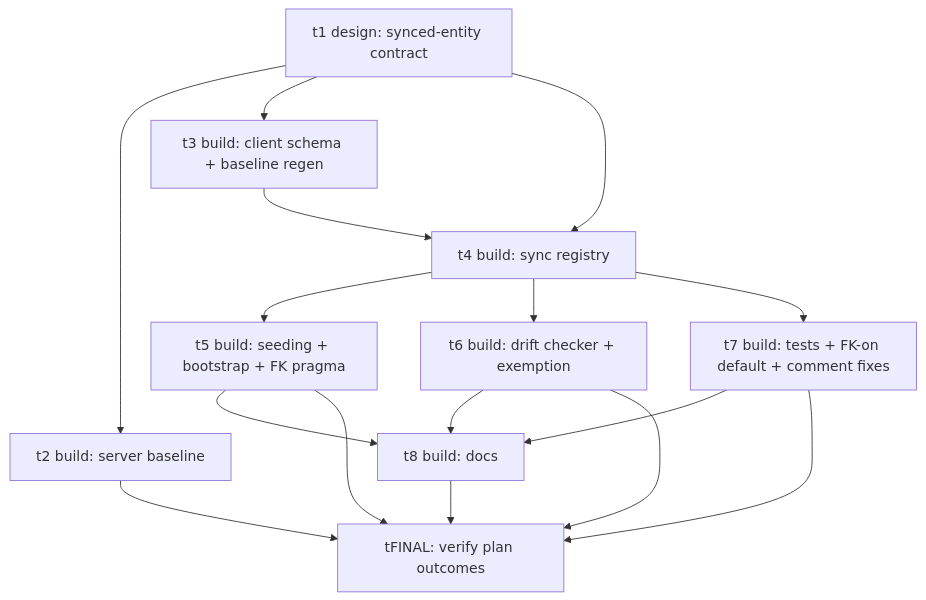
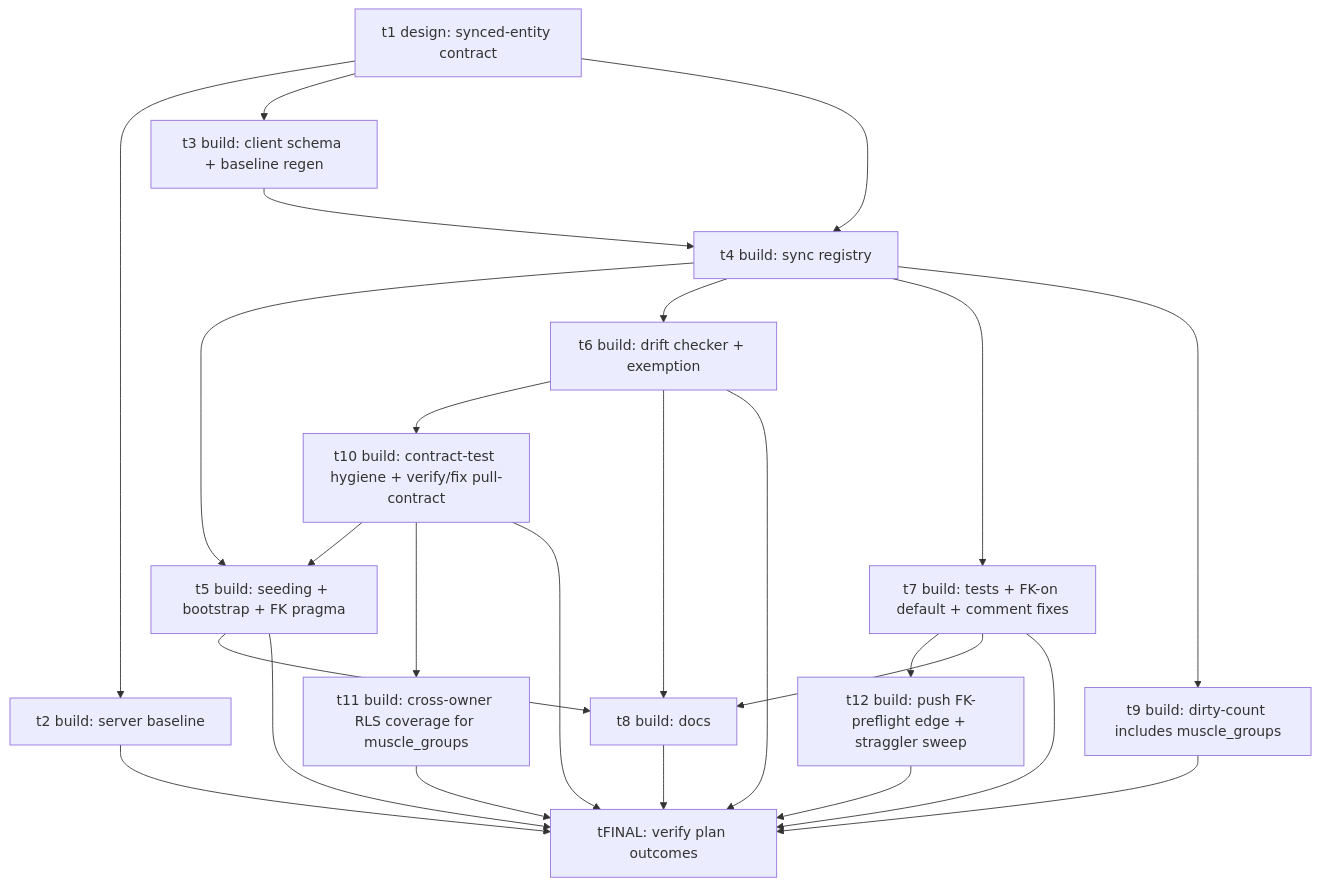
One commit to Brotherhood-of-Ghisa/BOGA3 changed the diagram in docs/plans/muscle-groups-synced-entity/plan.md. Above: the diagram before and after it, drawn with Mermaid. The commit also changed other lines of this file and 8 other files, not shown here.

First line of the commit message:
[coordinator] muscle_groups plan bookkeeping (#185)

````diff
--- a/docs/plans/muscle-groups-synced-entity/plan.md
+++ b/docs/plans/muscle-groups-synced-entity/plan.md
@@ -101,18 +107,27 @@
 ```mermaid
 graph TD
   t1[t1 design: synced-entity contract] --> t2[t2 build: server baseline]
   t1 --> t3[t3 build: client schema + baseline regen]
   t3 --> t4[t4 build: sync registry]
   t1 --> t4
   t4 --> t5[t5 build: seeding + bootstrap + FK pragma]
   t4 --> t6[t6 build: drift checker + exemption]
   t4 --> t7[t7 build: tests + FK-on default + comment fixes]
+  t4 --> t9[t9 build: dirty-count includes muscle_groups]
+  t6 --> t10[t10 build: contract-test hygiene + verify/fix pull-contract]
+  t10 --> t5
+  t10 --> t11[t11 build: cross-owner RLS coverage for muscle_groups]
+  t7 --> t12[t12 build: push FK-preflight edge + straggler sweep]
   t2 --> tFINAL
   t5 --> t8[t8 build: docs]
   t6 --> t8
   t7 --> t8
   t8 --> tFINAL[tFINAL: verify plan outcomes]
   t5 --> tFINAL
   t6 --> tFINAL
   t7 --> tFINAL
+  t9 --> tFINAL
+  t10 --> tFINAL
+  t11 --> tFINAL
+  t12 --> tFINAL
 ```
````
